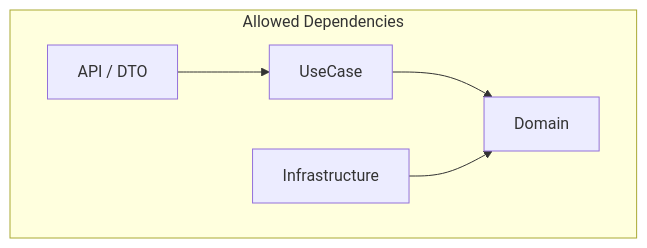
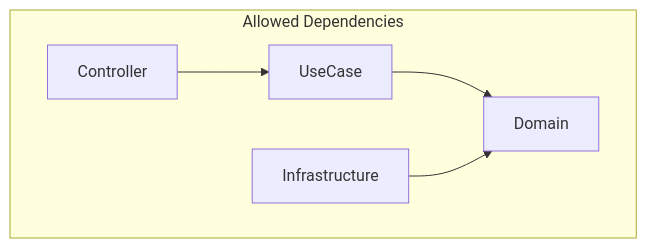
The second of 2 diagrams in docs/coding_guide.md (kskgit/fastapi-project), drawn with Mermaid before and after one commit. The commit also changed other lines of this file, not shown here.

````diff
--- a/docs/coding_guide.md
+++ b/docs/coding_guide.md
@@ -14,9 +14,9 @@
 ```mermaid
 graph LR
     subgraph Allowed Dependencies
         direction LR
-        API2["API / DTO"] --> UC2["UseCase"]
+        API2["Controller"] --> UC2["UseCase"]
         UC2 --> DOMAIN2["Domain"]
         INFRA2["Infrastructure"] --> DOMAIN2
     end
 ```
````
